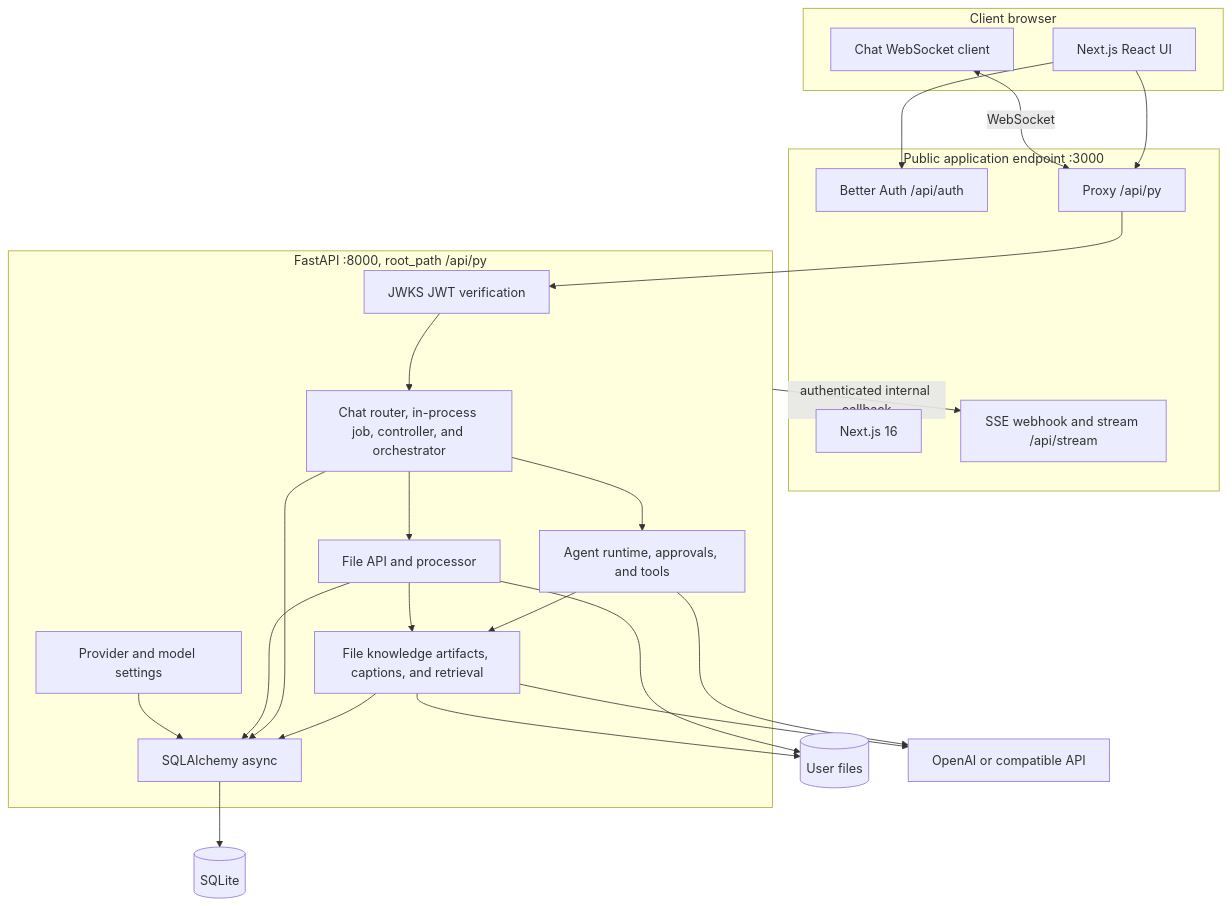
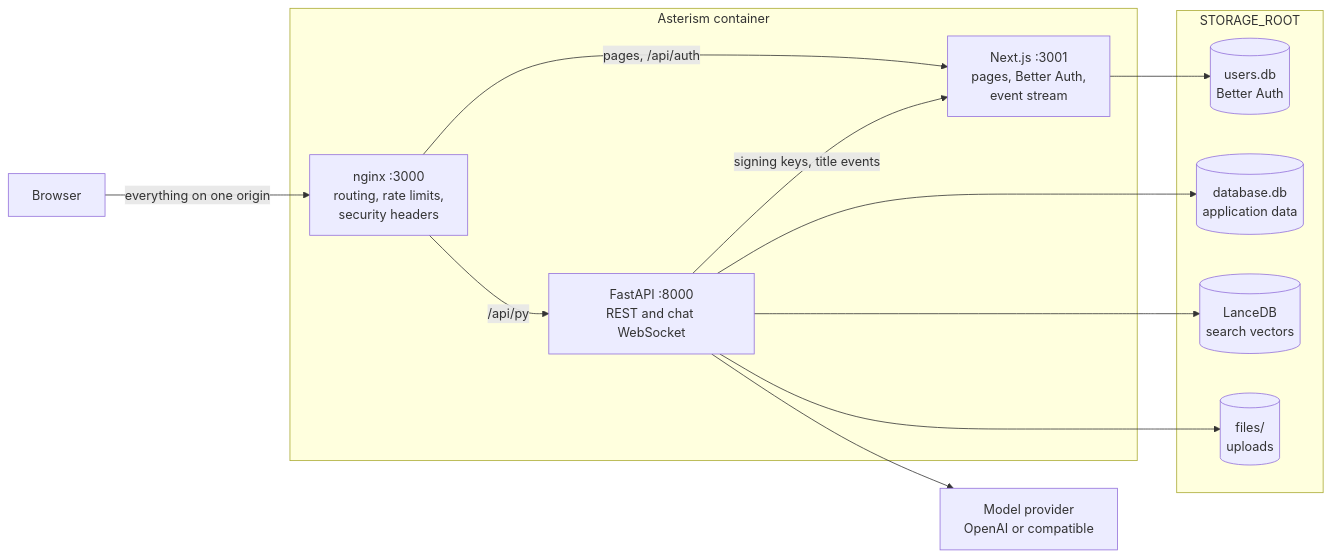
One commit to dbracewell/Asterism changed the diagram in docs/architecture/overview.md. Above: the diagram before and after it, drawn with Mermaid. The commit also changed other lines of this file and 9 other files, not shown here.

First line of the commit message:
docs: system, security and request-path guides (US-87.2)

````diff
--- a/docs/architecture/overview.md
+++ b/docs/architecture/overview.md
@@ -10,48 +27,29 @@
 ```mermaid
-flowchart TB
-    subgraph Browser[Client browser]
-        UI[Next.js React UI]
-        Socket[Chat WebSocket client]
+flowchart LR
+    Browser[Browser]
+
+    subgraph Container[Asterism container]
+        Nginx[nginx :3000<br/>routing, rate limits,<br/>security headers]
+        Next[Next.js :3001<br/>pages, Better Auth,<br/>event stream]
+        API[FastAPI :8000<br/>REST and chat WebSocket]
     end
 
-    subgraph Public[Public application endpoint :3000]
-        Next[Next.js 16]
-        Auth[Better Auth /api/auth]
-        Stream[SSE webhook and stream /api/stream]
-        Route[Proxy /api/py]
+    subgraph Storage[STORAGE_ROOT]
+        UsersDB[(users.db<br/>Better Auth)]
+        AppDB[(database.db<br/>application data)]
+        Vectors[(LanceDB<br/>search vectors)]
+        Files[(files/<br/>uploads)]
     end
 
-    subgraph API[FastAPI :8000, root_path /api/py]
-        Security[JWKS JWT verification]
-        Chat[Chat router, in-process job, controller, and orchestrator]
-        Runtime[Agent runtime, approvals, and tools]
-        Files[File API and processor]
-        Knowledge[File knowledge artifacts, captions, and retrieval]
-        Settings[Provider and model settings]
-        Database[SQLAlchemy async]
-    end
+    Provider[Model provider<br/>OpenAI or compatible]
 
-    SQLite[(SQLite)]
-    Disk[(User files)]
-    LLM[OpenAI or compatible API]
-
-    UI --> Auth
-    UI --> Route
-    Socket <-->|WebSocket| Route
-    Route --> Security
-    Security --> Chat
-    Chat --> Runtime
-    Chat --> Files
-    Runtime --> Knowledge
-    Runtime --> LLM
-    Files --> Disk
-    Files --> Knowledge
-    Knowledge --> Disk
-    Knowledge --> LLM
-    Knowledge --> Database
-    Chat --> Database
-    Files --> Database
-    Settings --> Database
-    Database --> SQLite
-    API -->|authenticated internal callback| Stream
+    Browser -->|everything on one origin| Nginx
+    Nginx -->|pages, /api/auth| Next
+    Nginx -->|/api/py| API
+    API -->|signing keys, title events| Next
+    Next --> UsersDB
+    API --> AppDB
+    API --> Vectors
+    API --> Files
+    API --> Provider
 ```
````
